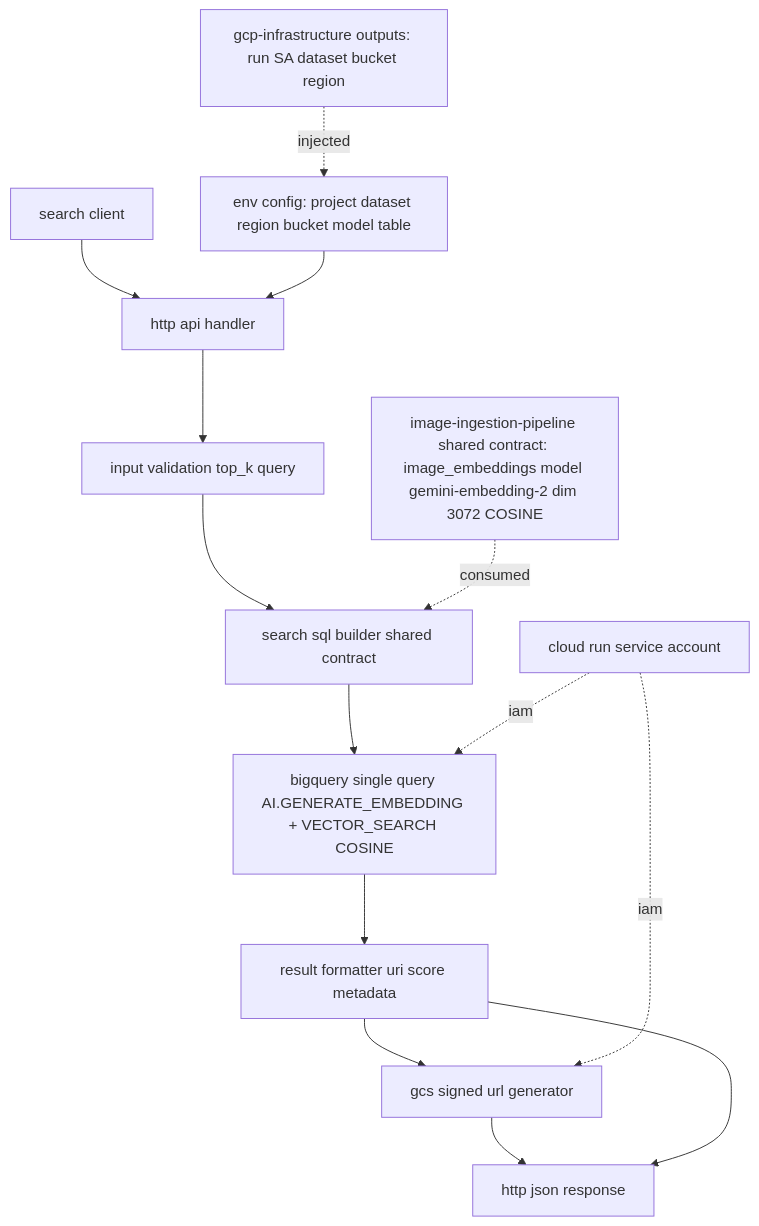
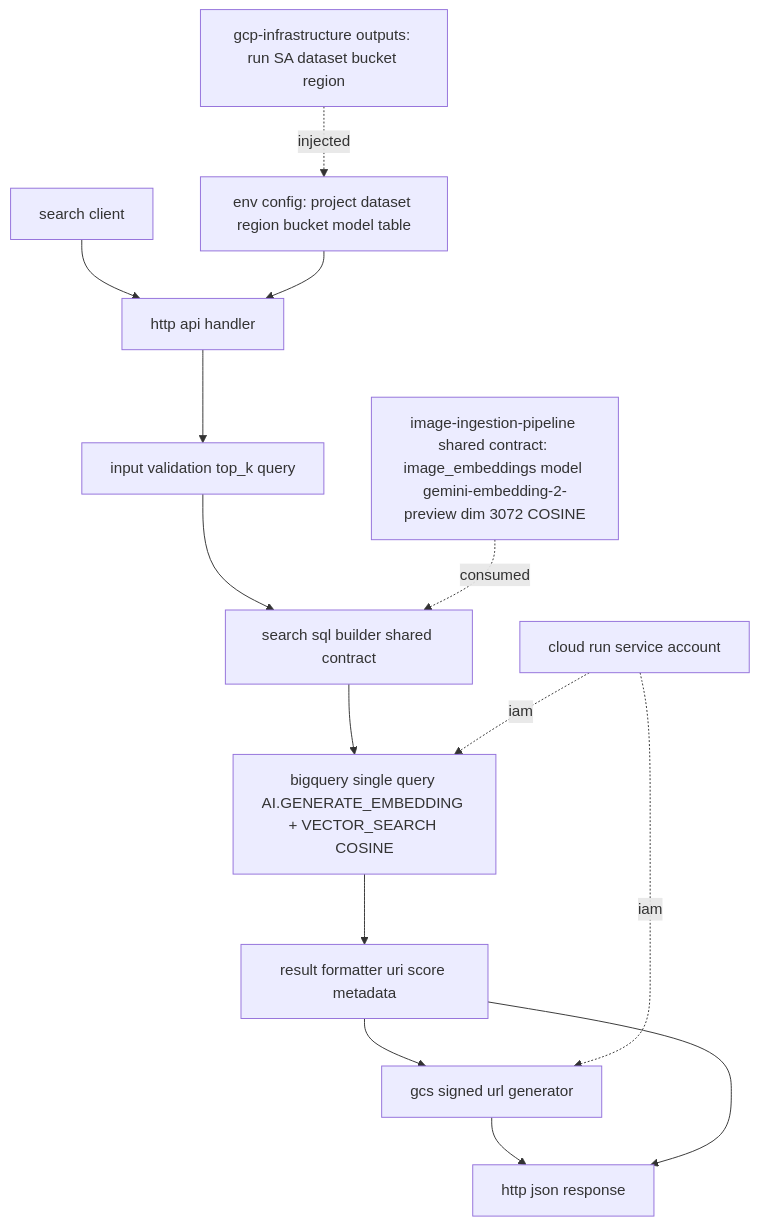
Before and after one commit to aGFydWtp/big-query-image-search: the first of 2 diagrams in .kiro/specs/image-search-api/design.md, drawn with Mermaid. The commit also changed other lines of this file and 4 other files, not shown here.

First line of the commit message:
feat(image-ingestion-pipeline): task 0 埋め込み技術前提を実機検証し共有契約を確定

````diff
--- a/.kiro/specs/image-search-api/design.md
+++ b/.kiro/specs/image-search-api/design.md
@@ -66,16 +67,16 @@
 ```mermaid
 graph TB
     Client[search client] --> Handler[http api handler]
     Config[env config: project dataset region bucket model table] --> Handler
     Handler --> Validate[input validation top_k query]
     Validate --> QueryBuilder[search sql builder shared contract]
     QueryBuilder --> BQ[bigquery single query AI.GENERATE_EMBEDDING + VECTOR_SEARCH COSINE]
     BQ --> Format[result formatter uri score metadata]
     Format --> Signer[gcs signed url generator]
     Signer --> Response[http json response]
     Format --> Response
     Upstream1[gcp-infrastructure outputs: run SA dataset bucket region] -. injected .-> Config
-    Upstream2[image-ingestion-pipeline shared contract: image_embeddings model gemini-embedding-2 dim 3072 COSINE] -. consumed .-> QueryBuilder
+    Upstream2[image-ingestion-pipeline shared contract: image_embeddings model gemini-embedding-2-preview dim 3072 COSINE] -. consumed .-> QueryBuilder
     RunSA[cloud run service account] -. iam .-> BQ
     RunSA -. iam .-> Signer
 ```
````
